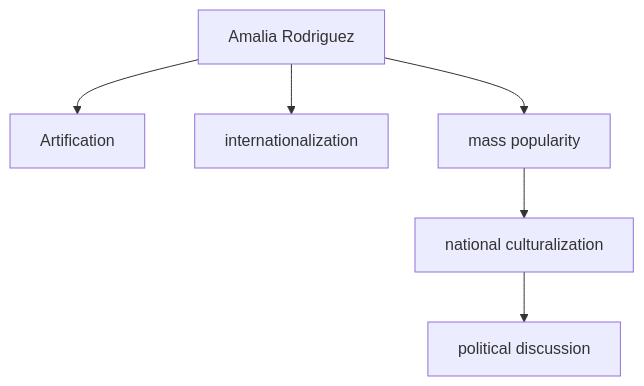
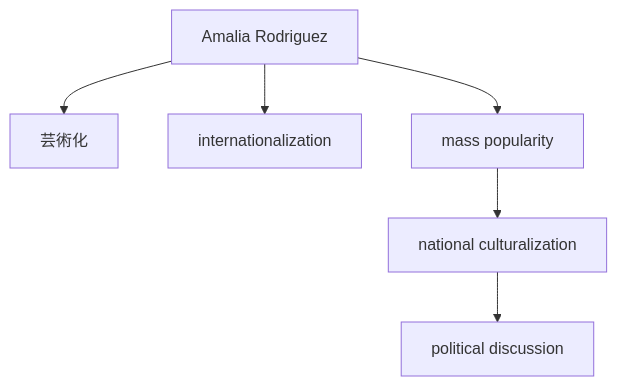
The fifth of 12 diagrams in en/_posts/2026-05-16-column-fado.md (monumental-movement/monumental-movement.github.io), drawn with Mermaid before and after one commit. The commit also changed other lines of this file and 1012 other files, not shown here.

```diff
--- a/en/_posts/2026-05-16-column-fado.md
+++ b/en/_posts/2026-05-16-column-fado.md
@@ -280,8 +279,8 @@
 <div class="mermaid">
 flowchart TD
-A[Amalia Rodriguez] --> B[Artification]
+A[Amalia Rodriguez] --> B[芸術化]
 A --> C[internationalization]
 A --> D[mass popularity]
 D --> E[national culturalization]
 E --> F[political discussion]
 </div>
```
